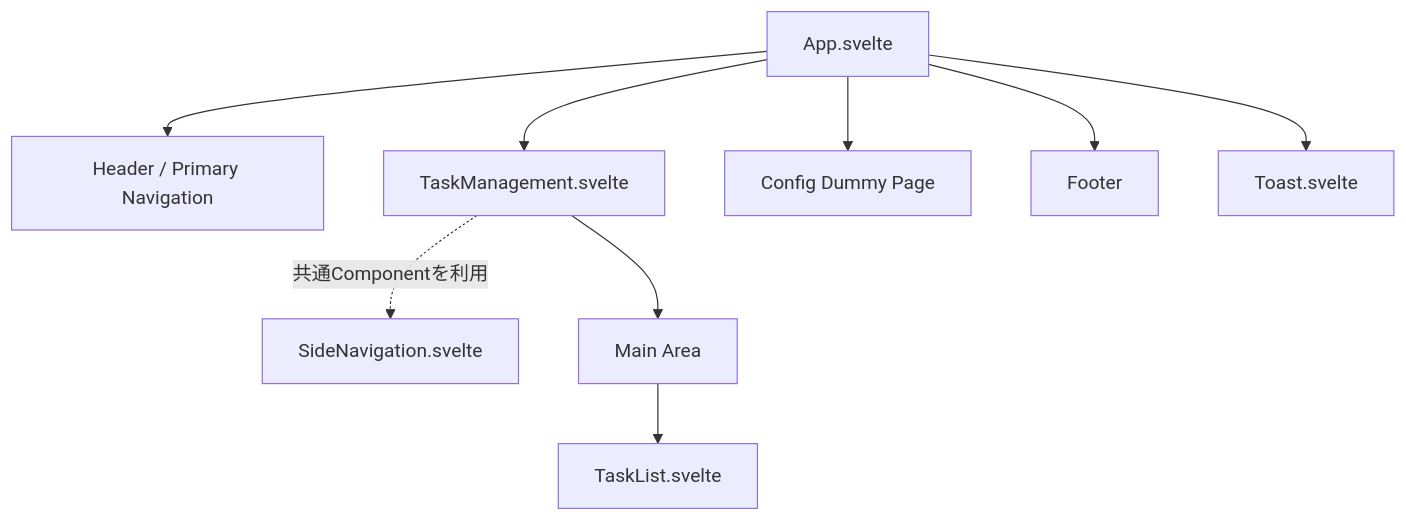
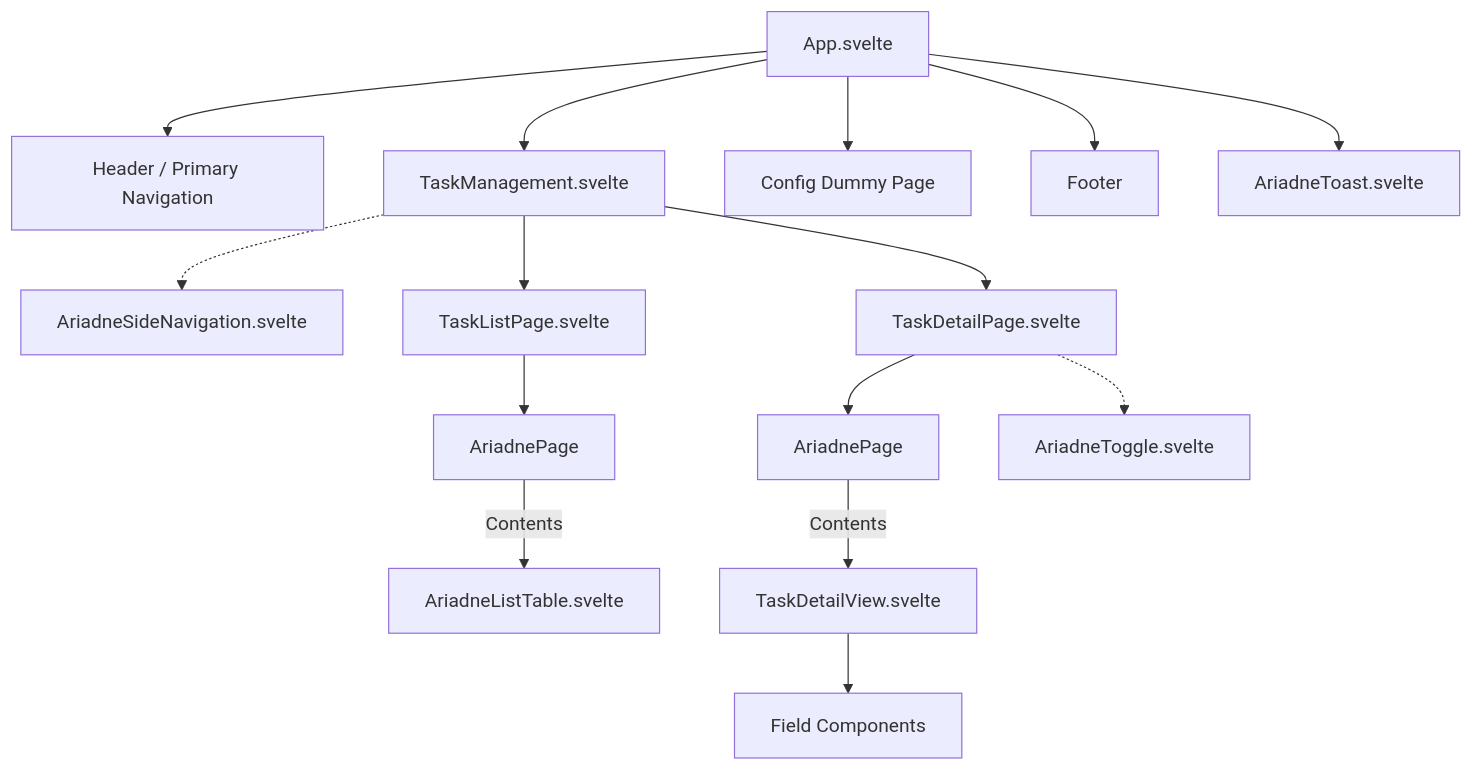
Before and after one commit to teru-0529/project-ariadne-prototype: the second of 2 diagrams in docs/prototype/phase-5-windows-application.md, drawn with Mermaid. The commit also changed other lines of this file and 2 other files, not shown here.

````diff
--- a/docs/prototype/phase-5-windows-application.md
+++ b/docs/prototype/phase-5-windows-application.md
@@ -409,25 +409,43 @@
 ```mermaid
 flowchart TD
     App["App.svelte"]
 
     Header["Header / Primary Navigation"]
     Task["TaskManagement.svelte"]
     Config["Config Dummy Page"]
     Footer["Footer"]
+    Toast["AriadneToast.svelte"]
+    Side["AriadneSideNavigation.svelte"]
 
-    Side["SideNavigation.svelte"]
-    Main["Main Area"]
-    List["TaskList.svelte"]
-    Toast["Toast.svelte"]
+    ListPage["TaskListPage.svelte"]
+    DetailPage["TaskDetailPage.svelte"]
+
+    ListFrame["AriadnePage"]
+    DetailFrame["AriadnePage"]
+
+    DetailView["TaskDetailView.svelte"]
+
+    Table["AriadneListTable.svelte"]
+    Field["Field Components"]
+    Toggle["AriadneToggle.svelte"]
 
     App --> Header
     App --> Task
     App --> Config
     App --> Footer
     App --> Toast
 
-    Task --> Main
-    Main --> List
+    Task -.-> Side
+    Task --> ListPage
+    Task --> DetailPage
 
-    Task -.->|共通Componentを利用| Side
+    ListPage --> ListFrame
+    DetailPage --> DetailFrame
+
+    ListFrame -->|Contents| Table
+    DetailFrame -->|Contents| DetailView
+
+    DetailView --> Field
+
+    DetailPage -.-> Toggle
 ```
````
